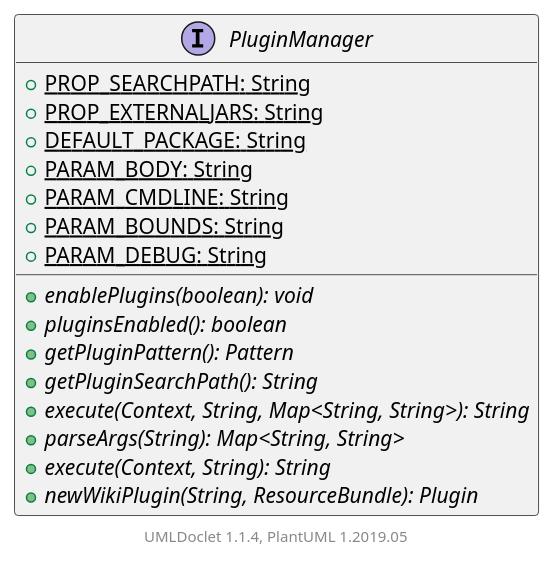
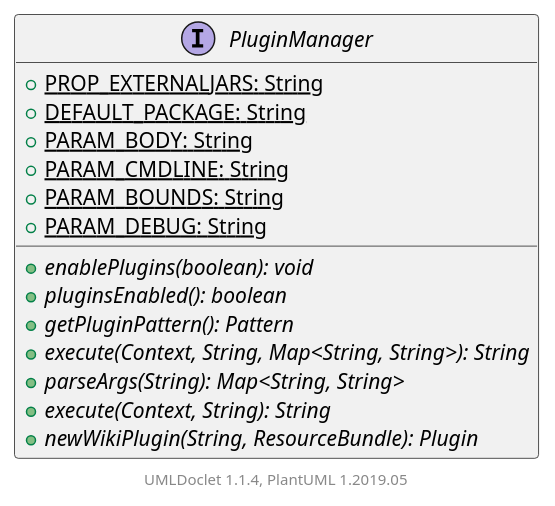
Before and after one commit to apache/jspwiki-site: the diagram in apidocs/2.11.0.M7-SNAPSHOT/org/apache/wiki/plugin/PluginManager.puml, drawn with PlantUML. The commit also changed 1311 other files, not shown here.

```diff
--- a/apidocs/2.11.0.M7-SNAPSHOT/org/apache/wiki/plugin/PluginManager.puml
+++ b/apidocs/2.11.0.M7-SNAPSHOT/org/apache/wiki/plugin/PluginManager.puml
@@ -1,23 +1,21 @@
 @startuml
 
     interface PluginManager [[PluginManager.html]] {
-        {static} +PROP_SEARCHPATH: String
         {static} +PROP_EXTERNALJARS: String
         {static} +DEFAULT_PACKAGE: String
         {static} +PARAM_BODY: String
         {static} +PARAM_CMDLINE: String
         {static} +PARAM_BOUNDS: String
         {static} +PARAM_DEBUG: String
         {abstract} +enablePlugins(boolean): void
         {abstract} +pluginsEnabled(): boolean
         {abstract} +getPluginPattern(): Pattern
-        {abstract} +getPluginSearchPath(): String
         {abstract} +execute(Context, String, Map<String, String>): String
         {abstract} +parseArgs(String): Map<String, String>
         {abstract} +execute(Context, String): String
         {abstract} +newWikiPlugin(String, ResourceBundle): Plugin
     }
 
 
     center footer UMLDoclet 1.1.4, PlantUML 1.2019.05
 @enduml
```
